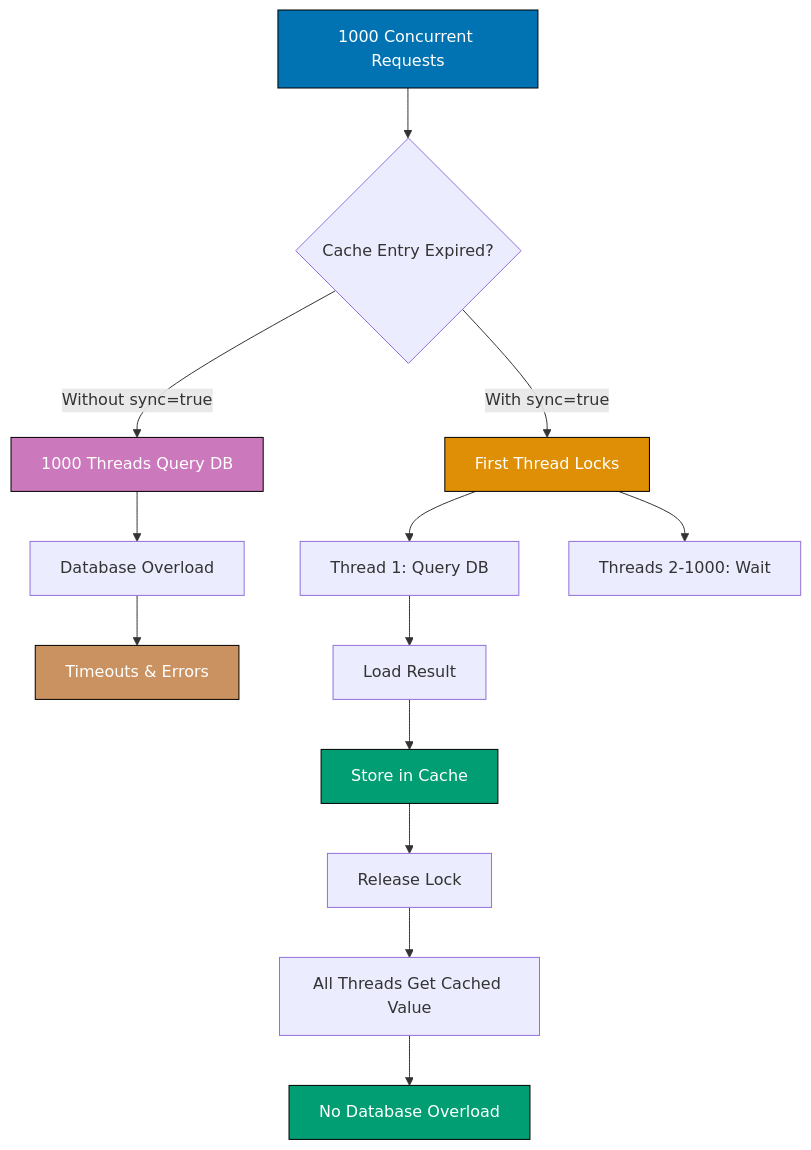
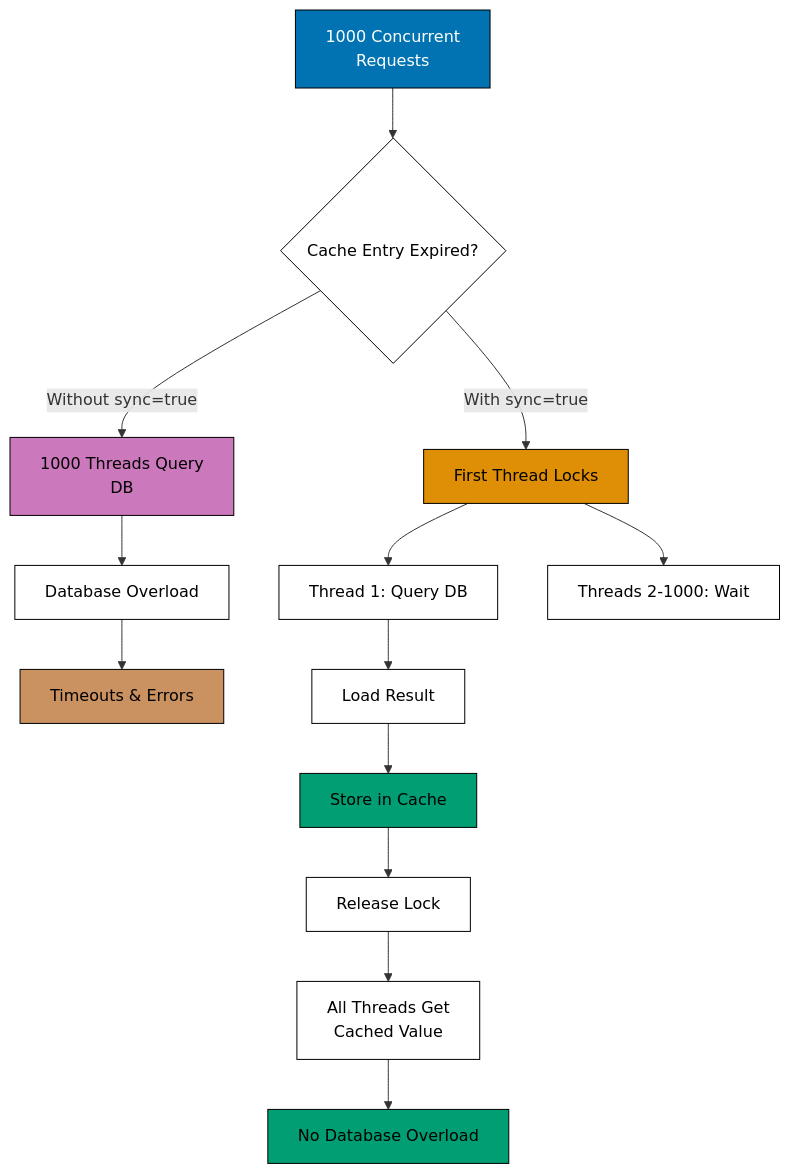
Before and after one commit to wahidyankf/ose-public: the tenth of 14 diagrams in apps/ayokoding-www/content/en/learn/legacy/software-engineering/platforms/web/tools/jvm-spring-boot/by-example/intermediate.md, drawn with Mermaid. The commit also changed other lines of this file and 130 other files, not shown here.

First line of the commit message:
fix(mermaid): bring the legacy platforms diagrams onto the accessible palette

````diff
--- a/apps/ayokoding-www/content/en/learn/legacy/software-engineering/platforms/web/tools/jvm-spring-boot/by-example/intermediate.md
+++ b/apps/ayokoding-www/content/en/learn/legacy/software-engineering/platforms/web/tools/jvm-spring-boot/by-example/intermediate.md
@@ -4235,25 +4287,33 @@
 ```mermaid
 %% Color Palette: Blue #0173B2, Orange #DE8F05, Teal #029E73, Purple #CC78BC, Brown #CA9161
 graph TD
-    A[1000 Concurrent Requests] --> B{Cache Entry Expired?}
+    accTitle: Example 36: Cache Strategies
+    accDescr: Graph with 14 nodes and 13 connections. Nodes: 1000 Concurrent Requests, Cache Entry Expired?, 1000 Threads Query DB, Database Overload, E, Errors, First Thread Locks, Thread 1: Query DB, Threads 2-1000: Wait, Load Result, Store in Cache, Release Lock, and 2 more. Connections: 1000 Concurrent Requests to Cache Entry Expired?, Cache Entry Expired? to 1000 Threads Query DB (Without sync=true), 1000 Threads Query DB to Database Overload, Database Overload to E, Database Overload to Errors, Cache Entry Expired? to First Thread Locks (With sync=true), First Thread Locks to Thread 1: Query DB, First Thread Locks to Threads 2-1000: Wait, Thread 1: Query DB to Load Result, Load Result to Store in Cache, Store in Cache to Release Lock, Release Lock to All Threads Get Cached Value, and 1 more.
+    A[1000 Concurrent<br/>Requests] --> B{Cache Entry Expired?}
 
-    B -->|Without sync=true| C[1000 Threads Query DB]
+    B -->|Without sync=true| C[1000 Threads Query<br/>DB]
     C --> D[Database Overload]
     D --> E[Timeouts & Errors]
 
     B -->|With sync=true| F[First Thread Locks]
     F --> G[Thread 1: Query DB]
     F --> H[Threads 2-1000: Wait]
     G --> I[Load Result]
     I --> J[Store in Cache]
     J --> K[Release Lock]
-    K --> L[All Threads Get Cached Value]
+    K --> L[All Threads Get<br/>Cached Value]
     L --> M[No Database Overload]
 
-    style A fill:#0173B2,stroke:#000,color:#fff
-    style C fill:#CC78BC,stroke:#000,color:#fff
-    style E fill:#CA9161,stroke:#000,color:#fff
-    style F fill:#DE8F05,stroke:#000,color:#fff
-    style J fill:#029E73,stroke:#000,color:#fff
-    style M fill:#029E73,stroke:#000,color:#fff
+    classDef pal-0173B2 fill:#0173B2,stroke:#000000,color:#FFFFFF
+    class A pal-0173B2
+    classDef pal-CC78BC fill:#CC78BC,stroke:#000000,color:#000000
+    class C pal-CC78BC
+    classDef pal-CA9161 fill:#CA9161,stroke:#000000,color:#000000
+    class E pal-CA9161
+    classDef pal-DE8F05 fill:#DE8F05,stroke:#000000,color:#000000
+    class F pal-DE8F05
+    classDef pal-029E73 fill:#029E73,stroke:#000000,color:#000000
+    class J pal-029E73
+    class M pal-029E73
+    classDef default fill:#FFFFFF,stroke:#000000,color:#000000
 ```
````
